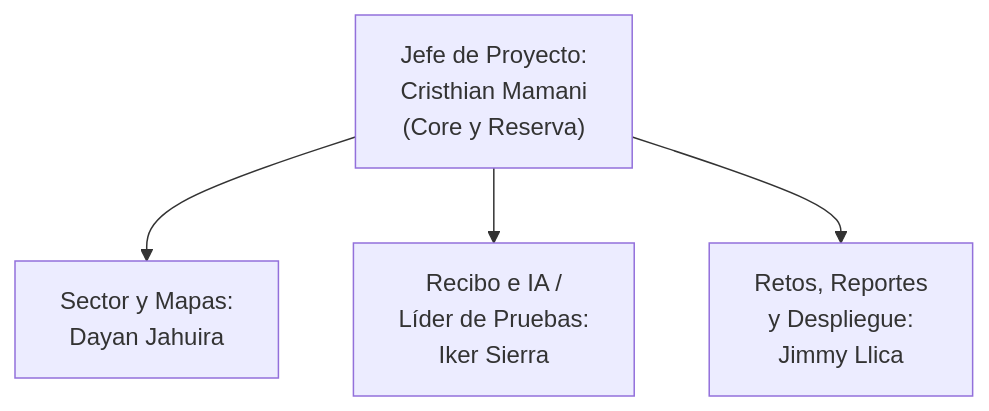
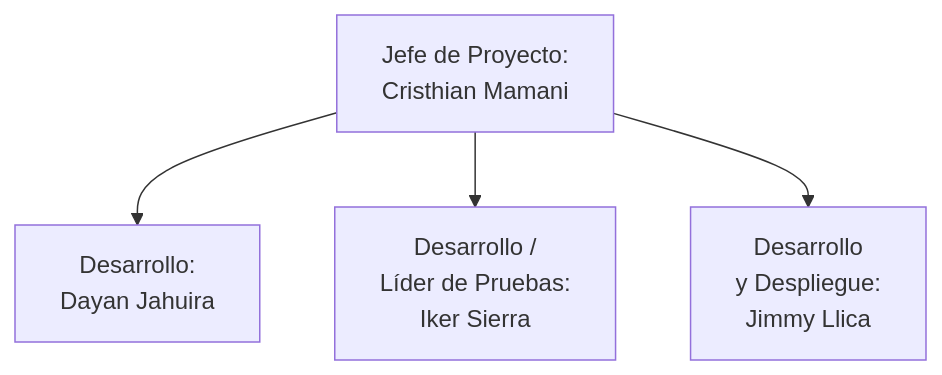
Before and after one commit to IkerASierraR/AguardApp: the first of 9 diagrams in informes/FD03-SRS.md, drawn with Mermaid. The commit also changed other lines of this file and 2 other files, not shown here.

````diff
--- a/informes/FD03-SRS.md
+++ b/informes/FD03-SRS.md
@@ -53,10 +54,10 @@
 ```mermaid
 flowchart TB
-    JP["Jefe de Proyecto:<br/>Cristhian Mamani<br/>(Core y Reserva)"]
-    SM["Sector y Mapas:<br/>Dayan Jahuira"]
-    RI["Recibo e IA /<br/>Líder de Pruebas:<br/>Iker Sierra"]
-    RR["Retos, Reportes<br/>y Despliegue:<br/>Jimmy Llica"]
-    JP --> SM
-    JP --> RI
-    JP --> RR
+    JP["Jefe de Proyecto:<br/>Cristhian Mamani"]
+    D1["Desarrollo:<br/>Dayan Jahuira"]
+    D2["Desarrollo /<br/>Líder de Pruebas:<br/>Iker Sierra"]
+    D3["Desarrollo<br/>y Despliegue:<br/>Jimmy Llica"]
+    JP --> D1
+    JP --> D2
+    JP --> D3
 ```
````
